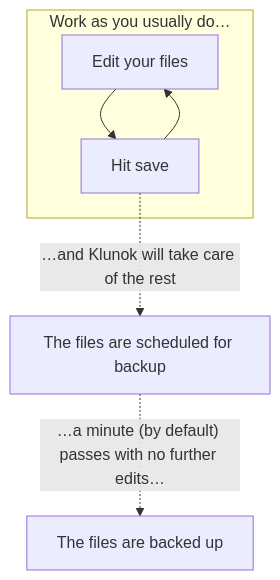
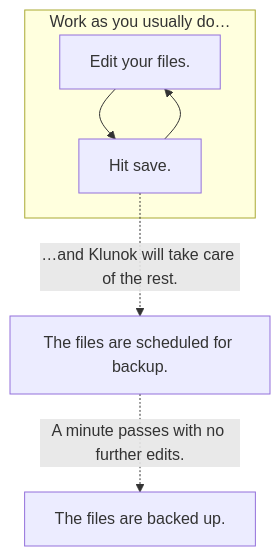
The diagram in web/docs/index.md (Kharacternyk/klunok), drawn with Mermaid before and after one commit.

Commit message:
Adjust the diagram in the docs.

````diff
--- a/web/docs/index.md
+++ b/web/docs/index.md
@@ -14,13 +14,13 @@
 ```mermaid
 graph TD;
   subgraph "Work as you usually do…"
-  w[Edit your files];
-  s[Hit save];
+  w[Edit your files.];
+  s[Hit save.];
   end
-  q[The files are scheduled for backup];
-  b[The files are backed up];
-  w -->  s;
+  q[The files are scheduled for backup.];
+  b[The files are backed up.];
+  w --> s;
   s --> w;
-  s -.-> |"…and Klunok will take care of the rest"| q;
-  q -.-> |"…a minute (by default) passes with no further edits…"| b;
+  s -.-> |"…and Klunok will take care of the rest."| q;
+  q -.-> |"A minute passes with no further edits."| b;
 ```
````
